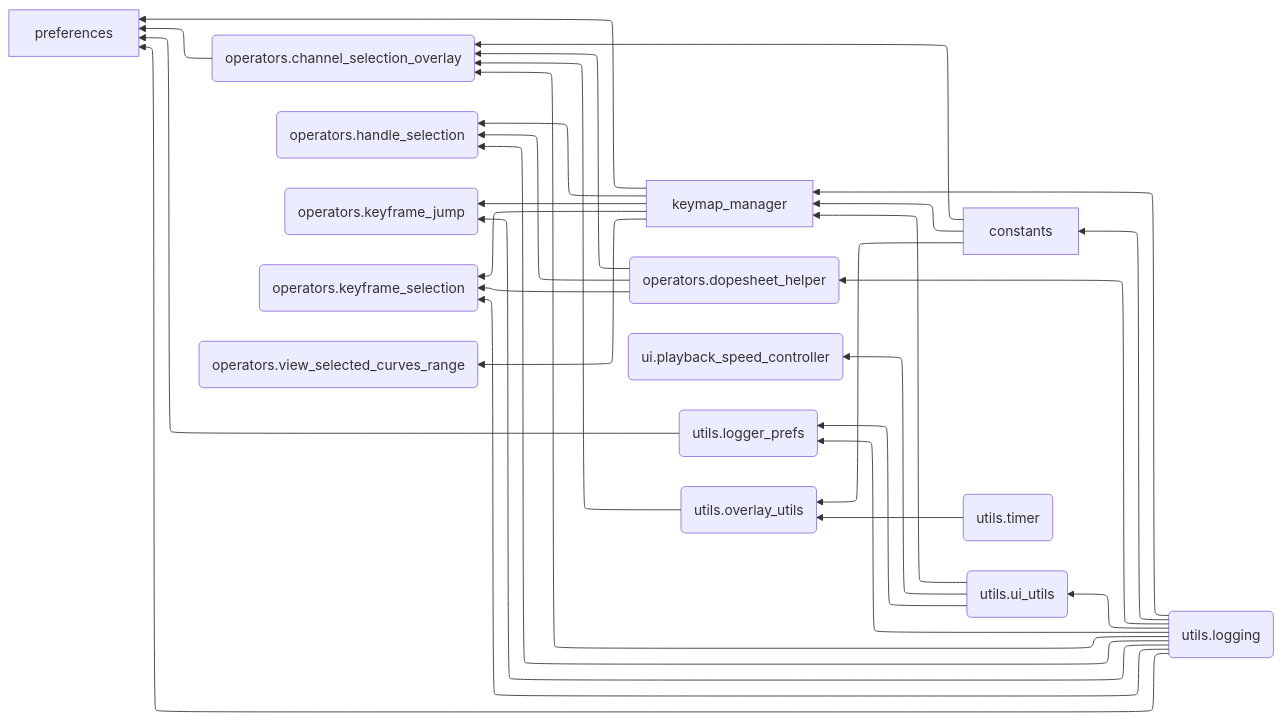
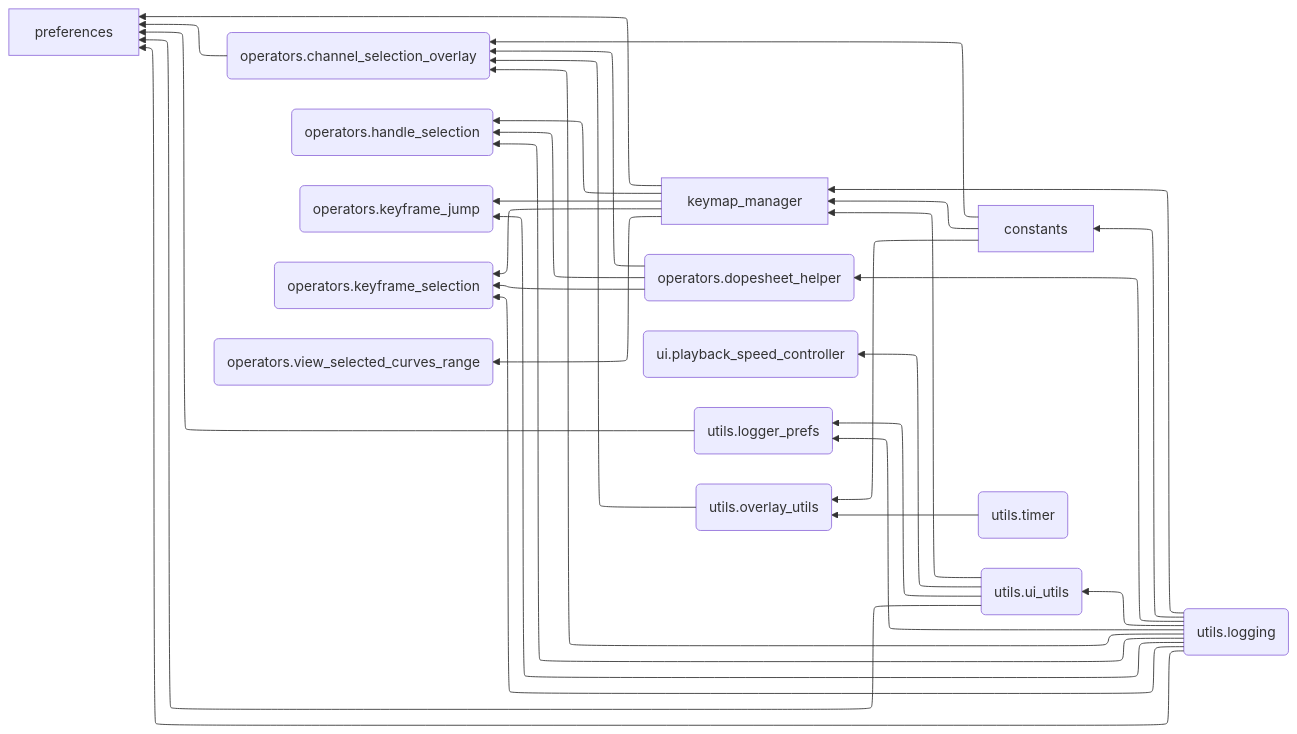
The diagram in docs/debug/module_dependencies.mmd (Pluglug/graph_monkey), drawn with Mermaid before and after one commit. The commit also changed 2 other files, not shown here.

```diff
--- a/docs/debug/module_dependencies.mmd
+++ b/docs/debug/module_dependencies.mmd
@@ -1,51 +1,52 @@
 ---
 config:
   theme: mc
   layout: elk
   flowchart:
     curve: basis
 ---
 flowchart RL
     constants[constants]
     keymap_manager[keymap_manager]
     operators_channel_selection_overlay(operators.channel_selection_overlay)
     operators_dopesheet_helper(operators.dopesheet_helper)
     operators_handle_selection(operators.handle_selection)
     operators_keyframe_jump(operators.keyframe_jump)
     operators_keyframe_selection(operators.keyframe_selection)
     operators_view_selected_curves_range(operators.view_selected_curves_range)
     preferences[preferences]
     ui_playback_speed_controller(ui.playback_speed_controller)
     utils_logger_prefs(utils.logger_prefs)
     utils_logging(utils.logging)
     utils_overlay_utils(utils.overlay_utils)
     utils_timer(utils.timer)
     utils_ui_utils(utils.ui_utils)
     constants --> keymap_manager
     constants --> operators_channel_selection_overlay
     constants --> utils_overlay_utils
     keymap_manager --> operators_handle_selection
     keymap_manager --> operators_keyframe_jump
     keymap_manager --> operators_keyframe_selection
     keymap_manager --> operators_view_selected_curves_range
     keymap_manager --> preferences
     operators_channel_selection_overlay --> preferences
     operators_dopesheet_helper --> operators_channel_selection_overlay
     operators_dopesheet_helper --> operators_handle_selection
     operators_dopesheet_helper --> operators_keyframe_selection
     utils_logger_prefs --> preferences
     utils_logging --> constants
     utils_logging --> keymap_manager
     utils_logging --> operators_channel_selection_overlay
     utils_logging --> operators_dopesheet_helper
     utils_logging --> operators_handle_selection
     utils_logging --> operators_keyframe_jump
     utils_logging --> operators_keyframe_selection
     utils_logging --> preferences
     utils_logging --> utils_logger_prefs
     utils_logging --> utils_ui_utils
     utils_overlay_utils --> operators_channel_selection_overlay
     utils_timer --> utils_overlay_utils
     utils_ui_utils --> keymap_manager
+    utils_ui_utils --> preferences
     utils_ui_utils --> ui_playback_speed_controller
     utils_ui_utils --> utils_logger_prefs
```
